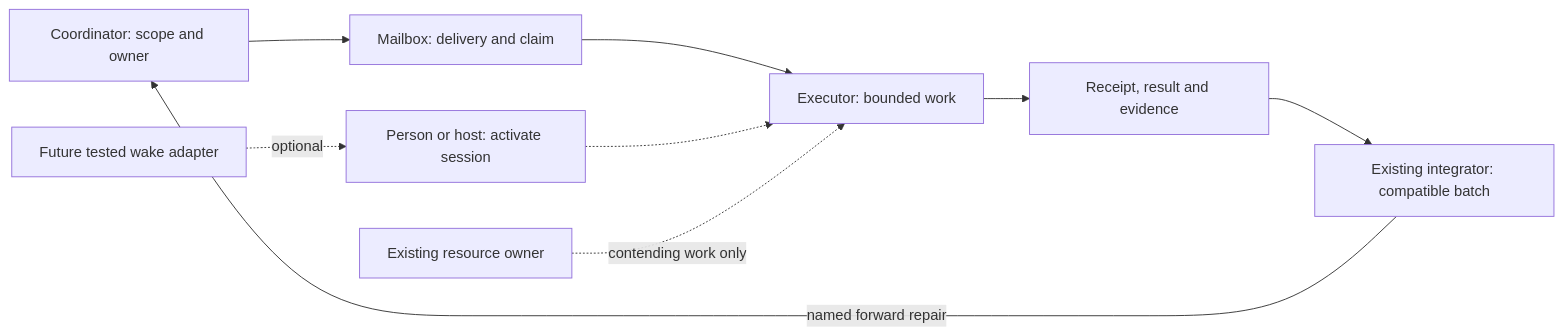
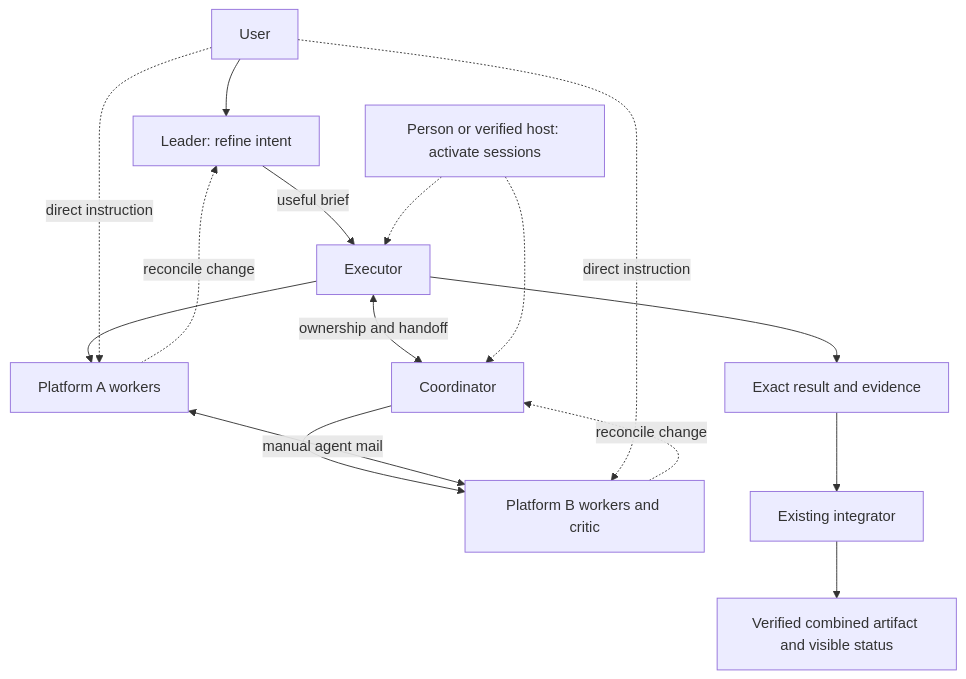
Before and after one commit to deciduus/cross-harness-agent-mail: the diagram in README.md, drawn with Mermaid. The commit also changed other lines of this file and 17 other files, not shown here.

Commit message:
Model leader topology and reconcile direct user direction

````diff
--- a/README.md
+++ b/README.md
@@ -24,11 +33,18 @@
 ```mermaid
-flowchart LR
-  C[Coordinator: scope and owner] --> M[Mailbox: delivery and claim]
-  M --> E[Executor: bounded work]
-  E --> R[Receipt, result and evidence]
-  R --> I[Existing integrator: compatible batch]
-  I -->|named forward repair| C
-  H[Person or host: activate session] -.-> E
-  A[Future tested wake adapter] -. optional .-> H
-  S[Existing resource owner] -. contending work only .-> E
+flowchart TB
+  U[User] --> L[Leader: refine intent]
+  L -->|useful brief| E[Executor]
+  E <-->|ownership and handoff| C[Coordinator]
+  E --> A[Platform A workers]
+  C --> B[Platform B workers and critic]
+  A <-->|manual agent mail| B
+  U -. direct instruction .-> A
+  U -. direct instruction .-> B
+  A -. reconcile change .-> L
+  B -. reconcile change .-> C
+  E --> R[Exact result and evidence]
+  R --> I[Existing integrator]
+  I --> V[Verified combined artifact and visible status]
+  H[Person or verified host: activate sessions] -.-> E
+  H -.-> C
 ```
````
